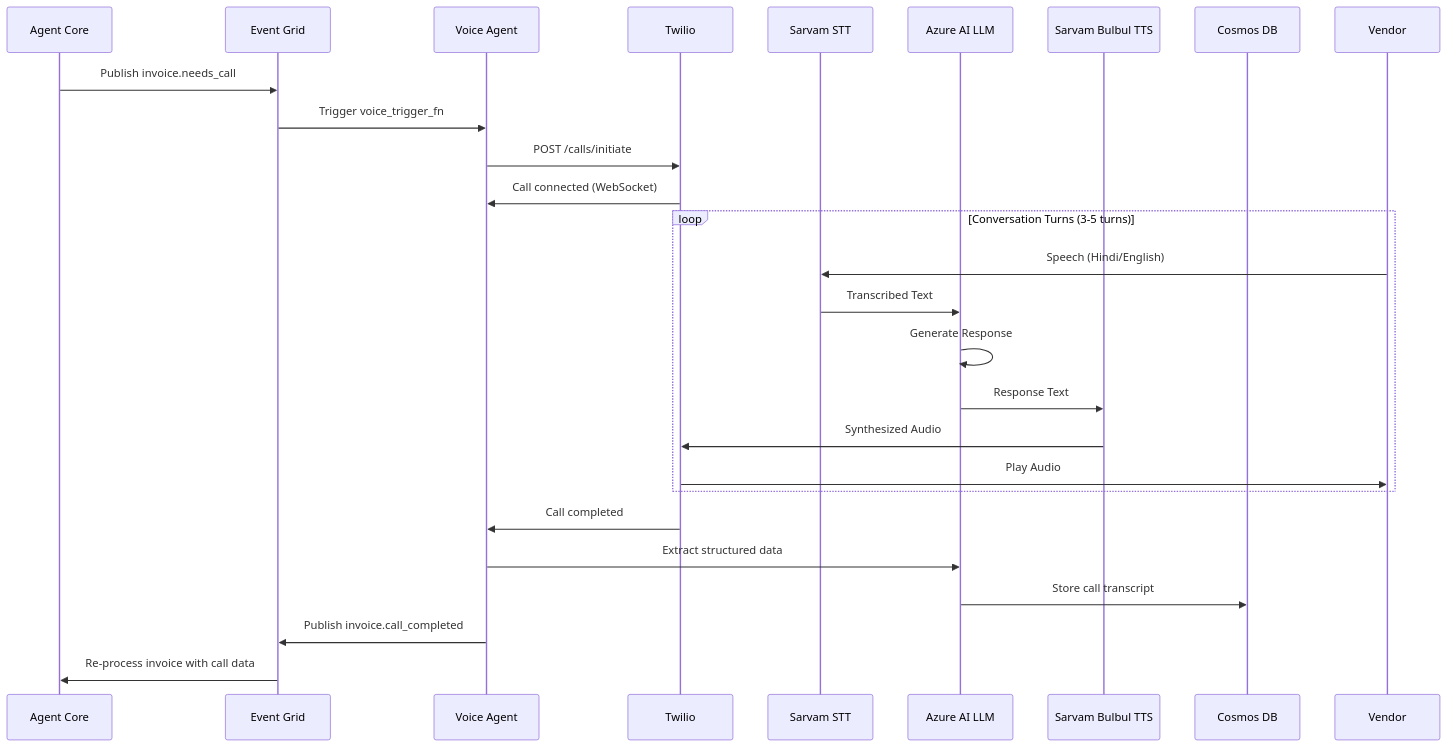
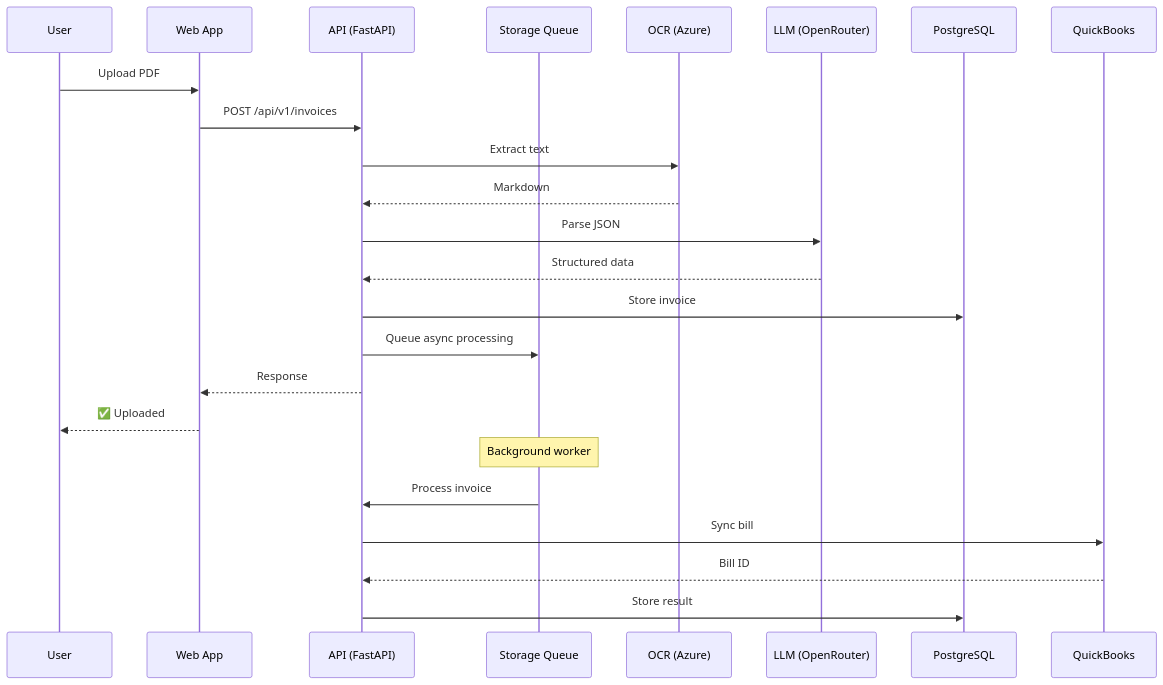
Before and after one commit to Aparnap2/invoicify: the third of 3 diagrams in prd.md, drawn with Mermaid. The commit also changed other lines of this file and 1 other file, not shown here.

First line of the commit message:
docs: Update PRD and add ARCHITECTURE.md

````diff
--- a/prd.md
+++ b/prd.md
@@ -185,31 +282,28 @@
 ```mermaid
 sequenceDiagram
-    participant A as Agent Core
-    participant E as Event Grid
-    participant V as Voice Agent
-    participant T as Twilio
-    participant S as Sarvam STT
-    participant L as Azure AI LLM
-    participant B as Sarvam Bulbul TTS
-    participant C as Cosmos DB
+    participant U as User
+    participant W as Web App
+    participant A as API (FastAPI)
+    participant Q as Storage Queue
+    participant O as OCR (Azure)
+    participant L as LLM (OpenRouter)
+    participant P as PostgreSQL
+    participant QB as QuickBooks
     
-    A->>E: Publish invoice.needs_call
-    E->>V: Trigger voice_trigger_fn
-    V->>T: POST /calls/initiate
-    T->>V: Call connected (WebSocket)
+    U->>W: Upload PDF
+    W->>A: POST /api/v1/invoices
+    A->>O: Extract text
+    O-->>A: Markdown
+    A->>L: Parse JSON
+    L-->>A: Structured data
+    A->>P: Store invoice
+    A->>Q: Queue async processing
+    A-->>W: Response
+    W-->>U: ✅ Uploaded
     
-    loop Conversation Turns (3-5 turns)
-        Vendor->>S: Speech (Hindi/English)
-        S->>L: Transcribed Text
-        L->>L: Generate Response
-        L->>B: Response Text
-        B->>T: Synthesized Audio
-        T->>Vendor: Play Audio
-    end
-    
-    T->>V: Call completed
-    V->>L: Extract structured data
-    L->>C: Store call transcript
-    V->>E: Publish invoice.call_completed
-    E->>A: Re-process invoice with call data
+    Note over Q: Background worker
+    Q->>A: Process invoice
+    A->>QB: Sync bill
+    QB-->>A: Bill ID
+    A->>P: Store result
 ```
````
